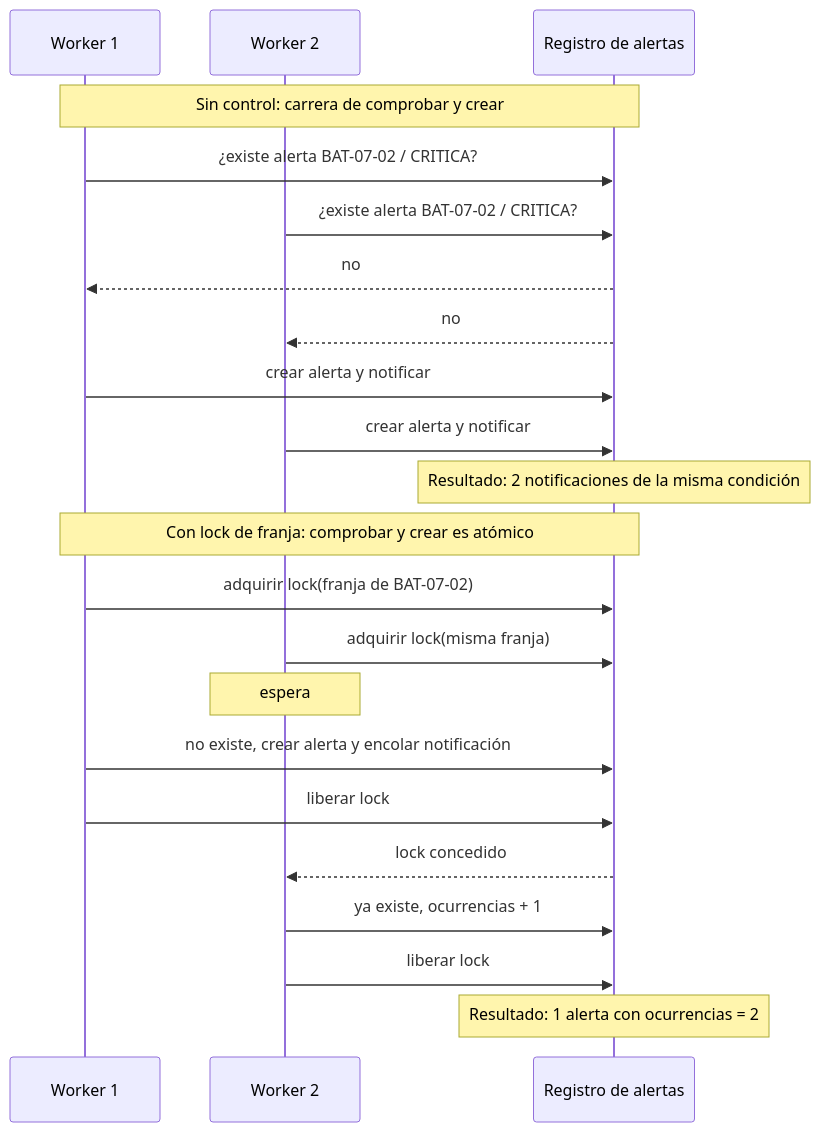
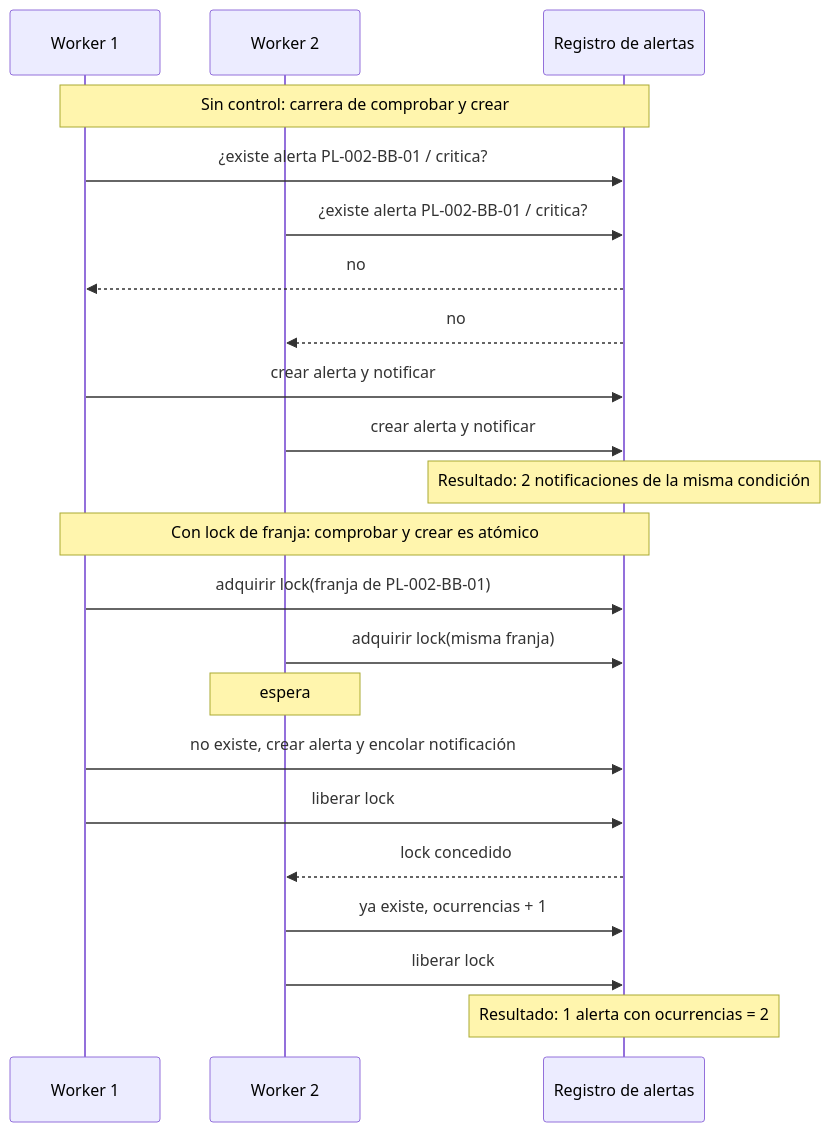
The third of 3 diagrams in docs/diseno.md (Inmemorialake/Voltrix-alertas-notificaciones), drawn with Mermaid before and after one commit. The commit also changed other lines of this file and 5 other files, not shown here.

````diff
--- a/docs/diseno.md
+++ b/docs/diseno.md
@@ -163,24 +177,24 @@
 ```mermaid
 sequenceDiagram
     participant W1 as Worker 1
     participant W2 as Worker 2
     participant R as Registro de alertas
     Note over W1,R: Sin control: carrera de comprobar y crear
-    W1->>R: ¿existe alerta BAT-07-02 / CRITICA?
-    W2->>R: ¿existe alerta BAT-07-02 / CRITICA?
+    W1->>R: ¿existe alerta PL-002-BB-01 / critica?
+    W2->>R: ¿existe alerta PL-002-BB-01 / critica?
     R-->>W1: no
     R-->>W2: no
     W1->>R: crear alerta y notificar
     W2->>R: crear alerta y notificar
     Note over R: Resultado: 2 notificaciones de la misma condición
     Note over W1,R: Con lock de franja: comprobar y crear es atómico
-    W1->>R: adquirir lock(franja de BAT-07-02)
+    W1->>R: adquirir lock(franja de PL-002-BB-01)
     W2->>R: adquirir lock(misma franja)
     Note over W2: espera
     W1->>R: no existe, crear alerta y encolar notificación
     W1->>R: liberar lock
     R-->>W2: lock concedido
     W2->>R: ya existe, ocurrencias + 1
     W2->>R: liberar lock
     Note over R: Resultado: 1 alerta con ocurrencias = 2
 ```
````
